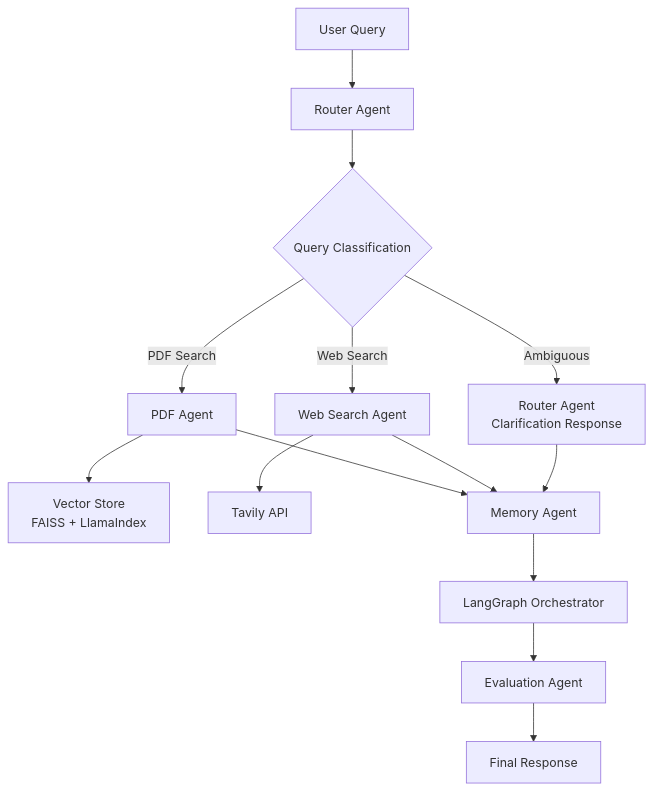
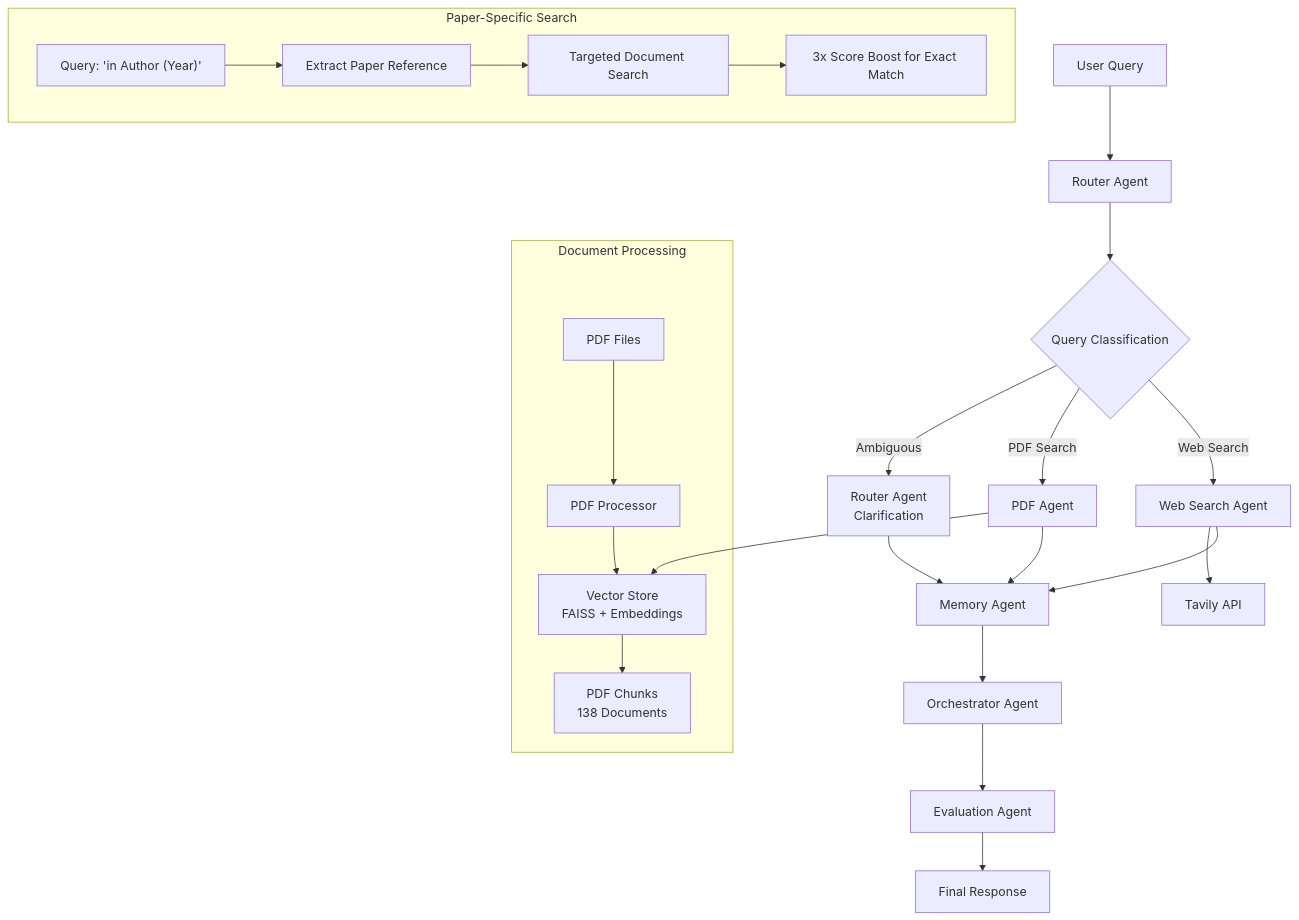
One commit to k66l/chat-with-pdf changed the diagram in README.md. Above: the diagram before and after it, drawn with Mermaid. The commit also changed other lines of this file and 17 other files, not shown here.

Commit message:
fix: pdf agent with specific routing algorithms

````diff
--- a/README.md
+++ b/README.md
@@ -9,16 +9,30 @@
 ```mermaid
 graph TD
     A[User Query] --> B[Router Agent]
     B --> C{Query Classification}
-    C -->|PDF Search| D[PDF Agent]
-    C -->|Web Search| E[Web Search Agent]
-    C -->|Ambiguous| F[Router Agent<br/>Clarification Response]
-    D --> G[Vector Store<br/>FAISS + LlamaIndex]
-    E --> H[Tavily API]
-    D --> I[Memory Agent]
-    E --> I
-    F --> I[Memory Agent]
-    I --> J[LangGraph Orchestrator]
+    C -->|Ambiguous| D[Router Agent<br/>Clarification]
+    C -->|PDF Search| E[PDF Agent]
+    C -->|Web Search| F[Web Search Agent]
+    
+    D --> G[Memory Agent]
+    E --> H[Vector Store<br/>FAISS + Embeddings]
+    F --> I[Tavily API]
+    
+    E --> G
+    F --> G
+    G --> J[Orchestrator Agent]
     J --> K[Evaluation Agent]
     K --> L[Final Response]
+    
+    subgraph "Document Processing"
+        H --> M[PDF Chunks<br/>138 Documents]
+        N[PDF Files] --> O[PDF Processor] 
+        O --> H
+    end
+    
+    subgraph "Paper-Specific Search"
+        P["Query: 'in Author (Year)'"] --> Q[Extract Paper Reference]
+        Q --> R[Targeted Document Search]
+        R --> S[3x Score Boost for Exact Match]
+    end
 ```
````
